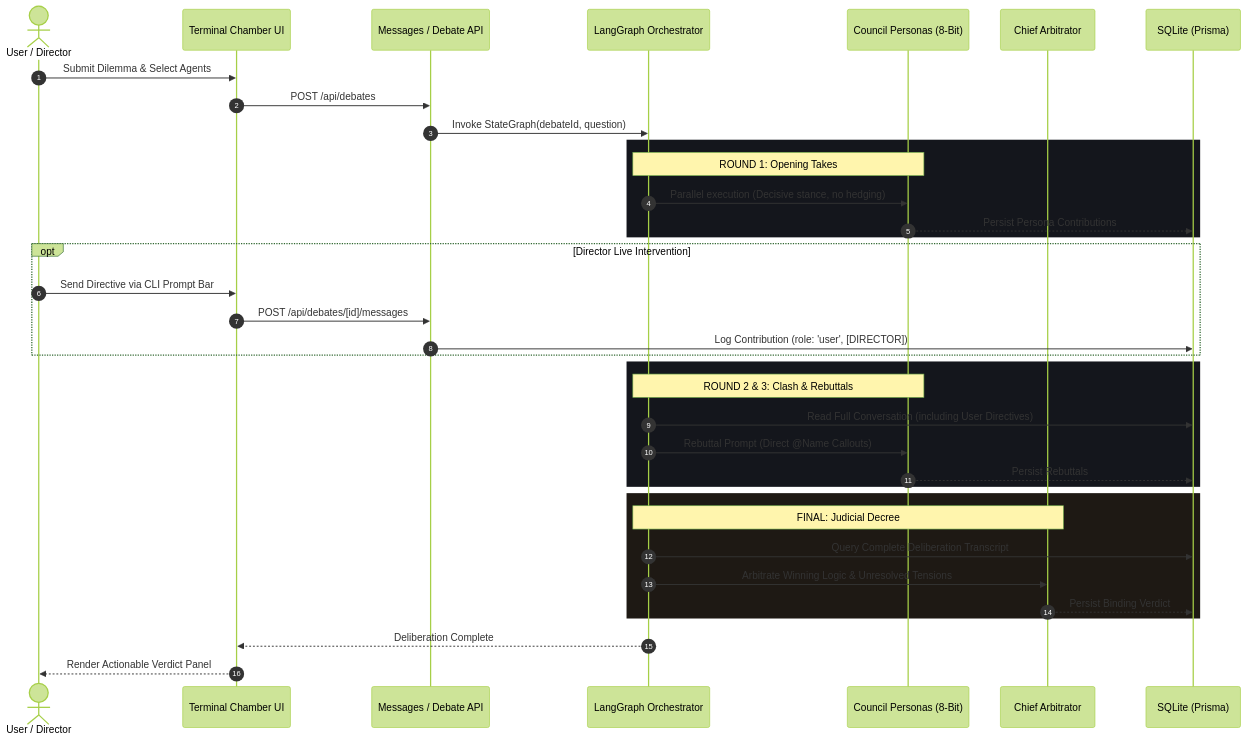
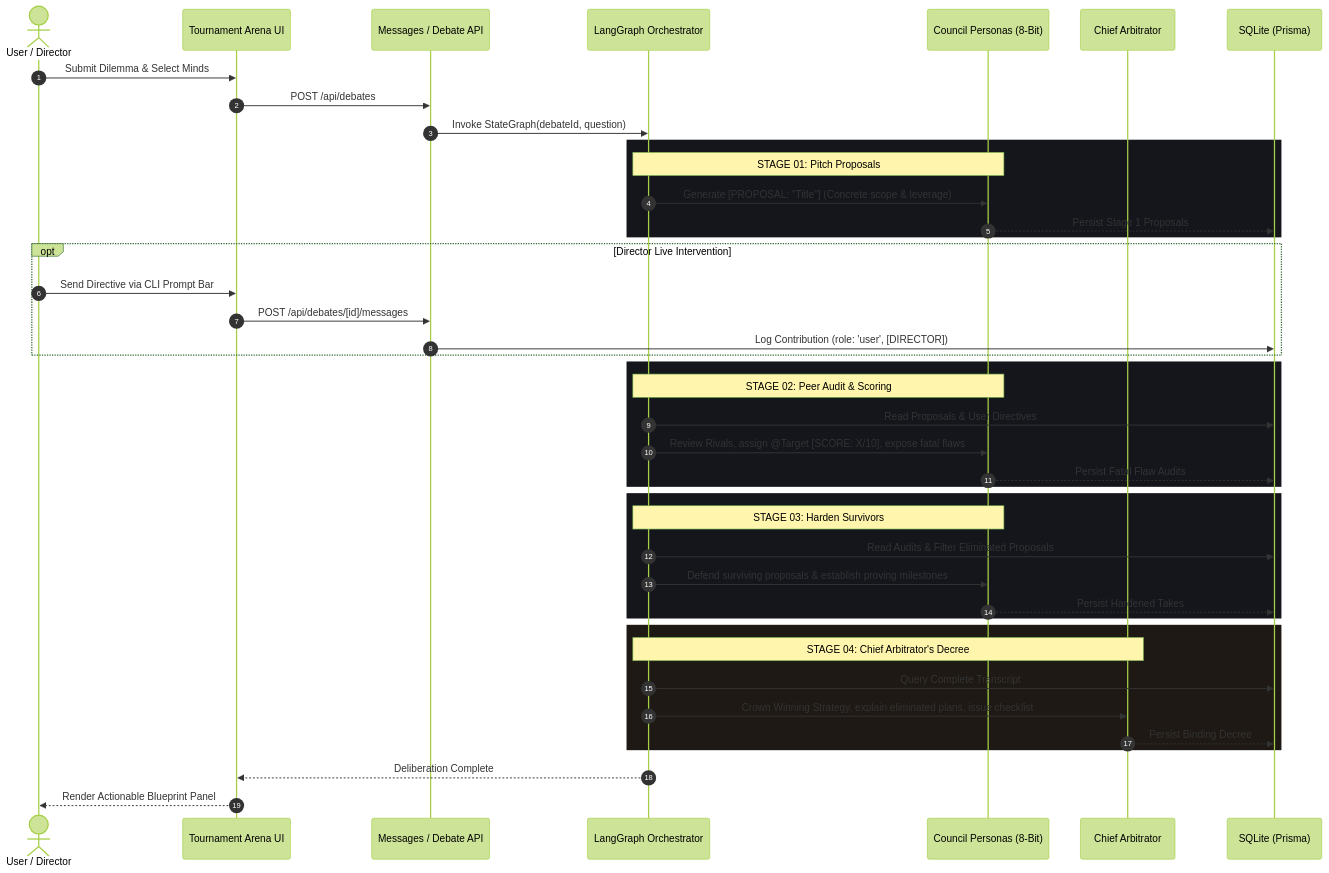
The second of 2 diagrams in README.md (Abubakkar-Khan/THE_COUNCIL), drawn with Mermaid (forest theme) before and after one commit. The commit also changed other lines of this file, not shown here.

Commit message:
docs: update README with tournament deliberation protocol, 1v1 chat channel, and updated codebase metrics

````diff
--- a/README.md
+++ b/README.md
@@ -112,44 +132,51 @@
 ```mermaid
 sequenceDiagram
     autonumber
     actor Director as User / Director
-    participant Chamber as Terminal Chamber UI
+    participant Chamber as Tournament Arena UI
     participant API as Messages / Debate API
     participant Graph as LangGraph Orchestrator
     participant Agents as Council Personas (8-Bit)
     participant Judge as Chief Arbitrator
     participant DB as SQLite (Prisma)
 
-    Director->>Chamber: Submit Dilemma & Select Agents
+    Director->>Chamber: Submit Dilemma & Select Minds
     Chamber->>API: POST /api/debates
     API->>Graph: Invoke StateGraph(debateId, question)
     
     rect rgb(20, 22, 28)
-        note over Graph, Agents: ROUND 1: Opening Takes
-        Graph->>Agents: Parallel execution (Decisive stance, no hedging)
-        Agents-->>DB: Persist Persona Contributions
+        note over Graph, Agents: STAGE 01: Pitch Proposals
+        Graph->>Agents: Generate [PROPOSAL: "Title"] (Concrete scope & leverage)
+        Agents-->>DB: Persist Stage 1 Proposals
     end
 
     opt Director Live Intervention
         Director->>Chamber: Send Directive via CLI Prompt Bar
         Chamber->>API: POST /api/debates/[id]/messages
         API->>DB: Log Contribution (role: 'user', [DIRECTOR])
     end
 
     rect rgb(20, 22, 28)
-        note over Graph, Agents: ROUND 2 & 3: Clash & Rebuttals
-        Graph->>DB: Read Full Conversation (including User Directives)
-        Graph->>Agents: Rebuttal Prompt (Direct @Name Callouts)
-        Agents-->>DB: Persist Rebuttals
+        note over Graph, Agents: STAGE 02: Peer Audit & Scoring
+        Graph->>DB: Read Proposals & User Directives
+        Graph->>Agents: Review Rivals, assign @Target [SCORE: X/10], expose fatal flaws
+        Agents-->>DB: Persist Fatal Flaw Audits
+    end
+
+    rect rgb(20, 22, 28)
+        note over Graph, Agents: STAGE 03: Harden Survivors
+        Graph->>DB: Read Audits & Filter Eliminated Proposals
+        Graph->>Agents: Defend surviving proposals & establish proving milestones
+        Agents-->>DB: Persist Hardened Takes
     end
 
     rect rgb(30, 25, 20)
-        note over Graph, Judge: FINAL: Judicial Decree
-        Graph->>DB: Query Complete Deliberation Transcript
-        Graph->>Judge: Arbitrate Winning Logic & Unresolved Tensions
-        Judge-->>DB: Persist Binding Verdict
+        note over Graph, Judge: STAGE 04: Chief Arbitrator's Decree
+        Graph->>DB: Query Complete Transcript
+        Graph->>Judge: Crown Winning Strategy, explain eliminated plans, issue checklist
+        Judge-->>DB: Persist Binding Decree
     end
 
     Graph-->>Chamber: Deliberation Complete
-    Chamber-->>Director: Render Actionable Verdict Panel
+    Chamber-->>Director: Render Actionable Blueprint Panel
 ```
````
